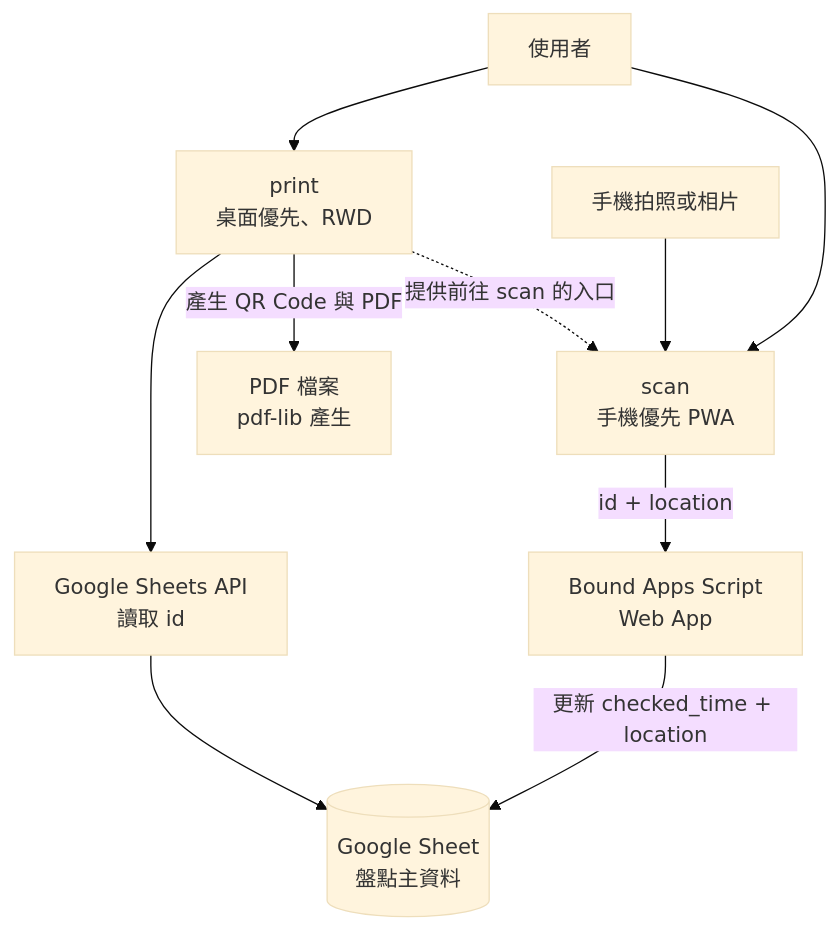
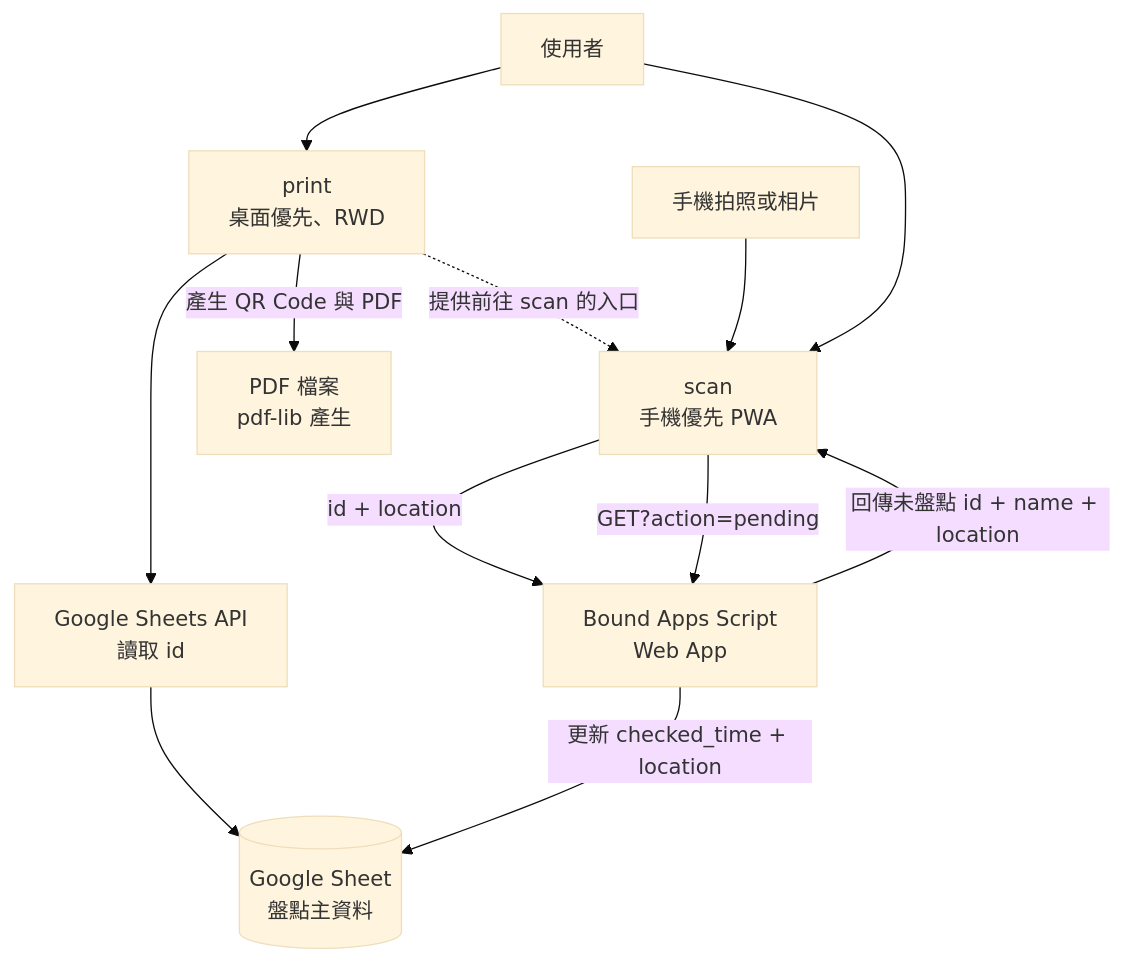
Before and after one commit to pulipulichen/Mobile-Inventory-Scanner: the first of 5 diagrams in docs/architecture.md, drawn with Mermaid (base theme). The commit also changed other lines of this file and 63 other files, not shown here.

````diff
--- a/docs/architecture.md
+++ b/docs/architecture.md
@@ -26,21 +27,23 @@
 ```mermaid
 flowchart TB
     operator["使用者"]
     sheet[("Google Sheet<br/>盤點主資料")]
     print["print<br/>桌面優先、RWD"]
     scan["scan<br/>手機優先 PWA"]
     sheets_api["Google Sheets API<br/>讀取 id"]
     apps_script["Bound Apps Script<br/>Web App"]
     pdf["PDF 檔案<br/>pdf-lib 產生"]
     photo["手機拍照或相片"]
 
     operator --> print
     operator --> scan
     print --> sheets_api
     sheets_api --> sheet
     print -->|產生 QR Code 與 PDF| pdf
     print -.->|提供前往 scan 的入口| scan
     photo --> scan
     scan -->|id + location| apps_script
     apps_script -->|更新 checked_time + location| sheet
+    scan -->|GET?action=pending| apps_script
+    apps_script -->|回傳未盤點 id + name + location| scan
 ```
````
